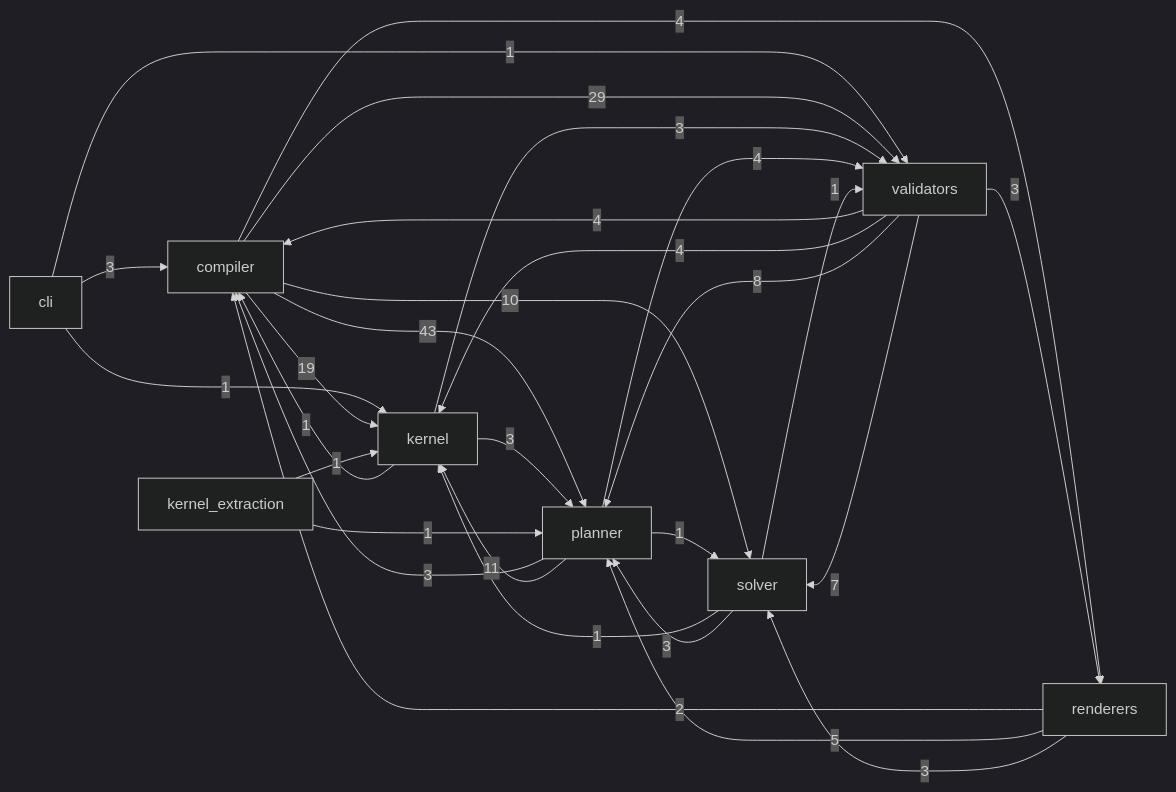
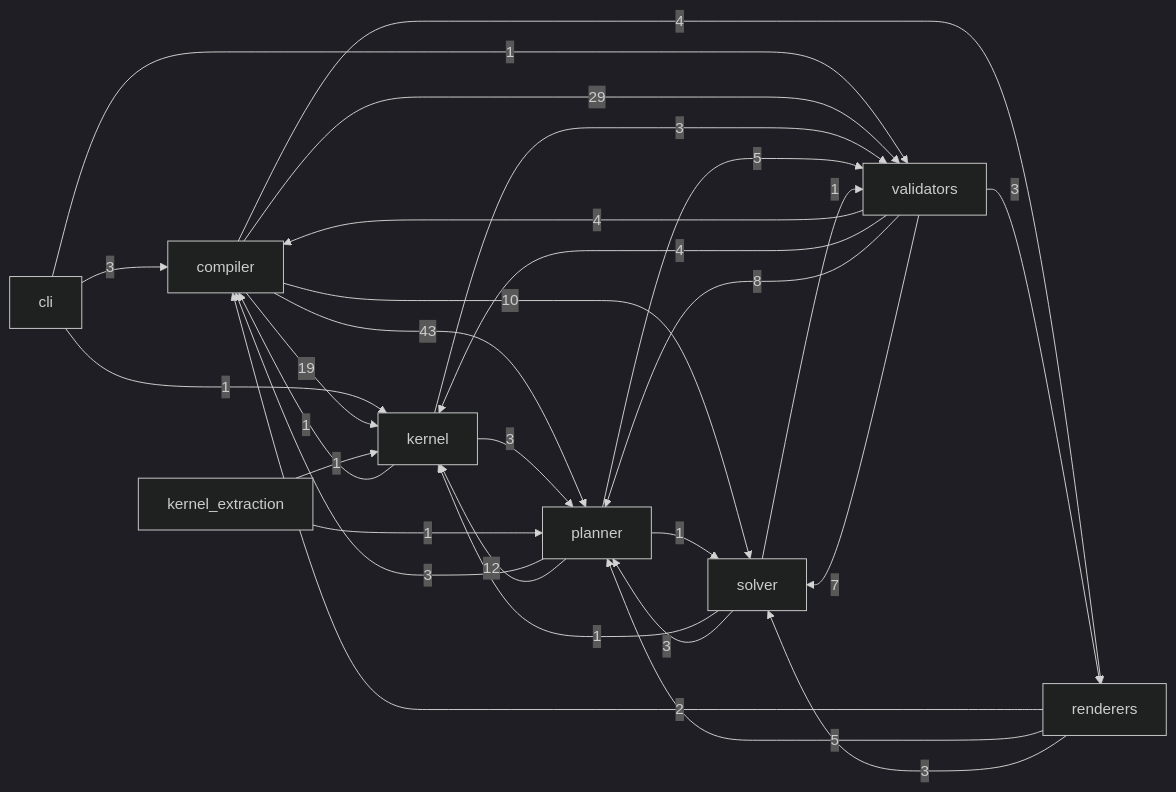
The diagram in docs/reference/code.md (Kingsley-Cyber/cinematic-compiler-core), drawn with Mermaid (dark theme) before and after one commit. The commit also changed other lines of this file and 28 other files, not shown here.

First line of the commit message:
[S-033] M9-06e: body_type lives in the genre profile cards (schemas/genre_profile.schema.json, O65), not the modality schemas

````diff
--- a/docs/reference/code.md
+++ b/docs/reference/code.md
@@ -15,31 +15,31 @@
 ```mermaid
 flowchart LR
   cli -->|3| compiler
   cli -->|1| kernel
   cli -->|1| validators
   compiler -->|19| kernel
   compiler -->|43| planner
   compiler -->|4| renderers
   compiler -->|10| solver
   compiler -->|29| validators
   kernel -->|1| compiler
   kernel -->|3| planner
   kernel -->|3| validators
   kernel_extraction -->|1| kernel
   kernel_extraction -->|1| planner
   planner -->|3| compiler
-  planner -->|11| kernel
+  planner -->|12| kernel
   planner -->|1| solver
-  planner -->|4| validators
+  planner -->|5| validators
   renderers -->|2| compiler
   renderers -->|5| planner
   renderers -->|3| solver
   solver -->|1| kernel
   solver -->|3| planner
   solver -->|1| validators
   validators -->|4| compiler
   validators -->|4| kernel
   validators -->|8| planner
   validators -->|3| renderers
   validators -->|7| solver
 ```
````
